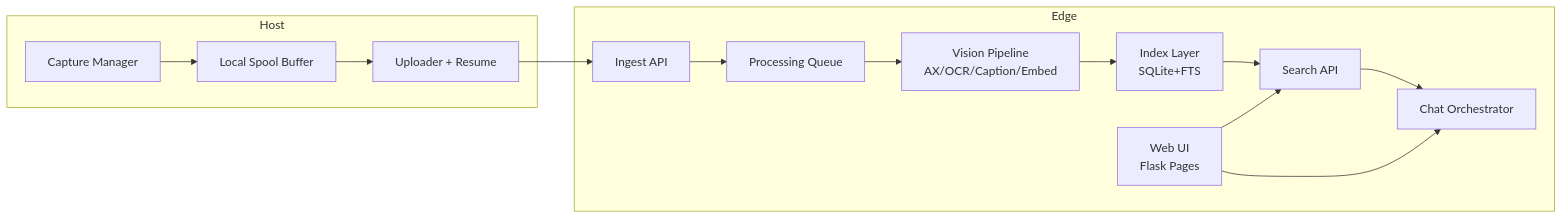
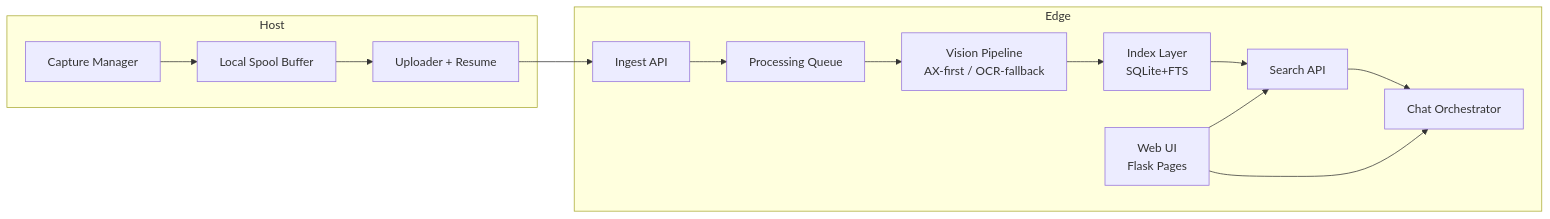
One commit to Xinm123/MyRecall changed the diagram in docs/v3/spec.md. Above: the diagram before and after it, drawn with Mermaid. The commit also changed other lines of this file and 13 other files, not shown here.

````diff
--- a/docs/v3/spec.md
+++ b/docs/v3/spec.md
@@ -22,25 +22,25 @@
 ```mermaid
 flowchart LR
   subgraph Host
     C[Capture Manager]
     B[Local Spool Buffer]
     U[Uploader + Resume]
     C --> B --> U
   end
 
   subgraph Edge
     W[Web UI\nFlask Pages]
     I[Ingest API]
     Q[Processing Queue]
-    P[Vision Pipeline\nAX/OCR/Caption/Embed]
+    P[Vision Pipeline\nAX-first / OCR-fallback]
     IDX[Index Layer\nSQLite+FTS]
     S[Search API]
     CH[Chat Orchestrator]
     I --> Q --> P --> IDX
     IDX --> S --> CH
     W --> S
     W --> CH
   end
 
   U --> I
 ```
````
